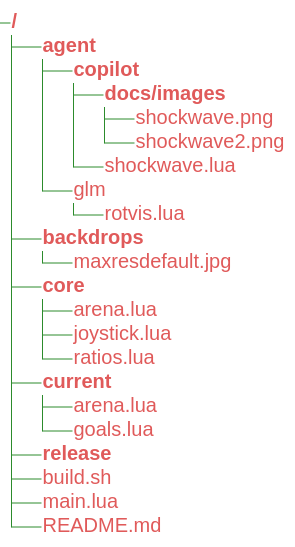
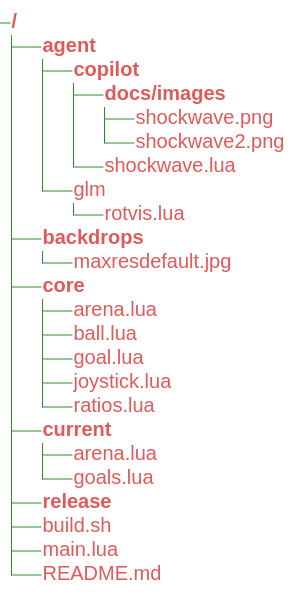
One commit to entitycs/WaMBaM changed the third of 8 diagrams in README.md. Above: the diagram before and after it, drawn with Mermaid. The commit also changed other lines of this file, not shown here.

````diff
--- a/README.md
+++ b/README.md
@@ -141,37 +141,39 @@
 ```mermaid
 ---
 config:
     treeView:
         rowIndent: 30
         lineThickness: 1
         paddingX: 1
         paddingY: 1
     themeVariables:
         treeView:
             labelFontSize: '20px'
             labelColor: '#e05a5a'
             lineColor: '#2c8b2c'
 ---
 treeView-beta
     "agent/"
       "copilot/"
         "docs/images/"
           "shockwave.png"
           "shockwave2.png"
         "shockwave.lua"
       "glm"
         "rotvis.lua"
     "backdrops/"
       "maxresdefault.jpg"
     "core/"
       "arena.lua"
+      "ball.lua"
+      "goal.lua"
       "joystick.lua"
       "ratios.lua"
     "current/"
       "arena.lua"
       "goals.lua"
     "release/"
     "build.sh"
     "main.lua"
     "README.md"
 ```
````
